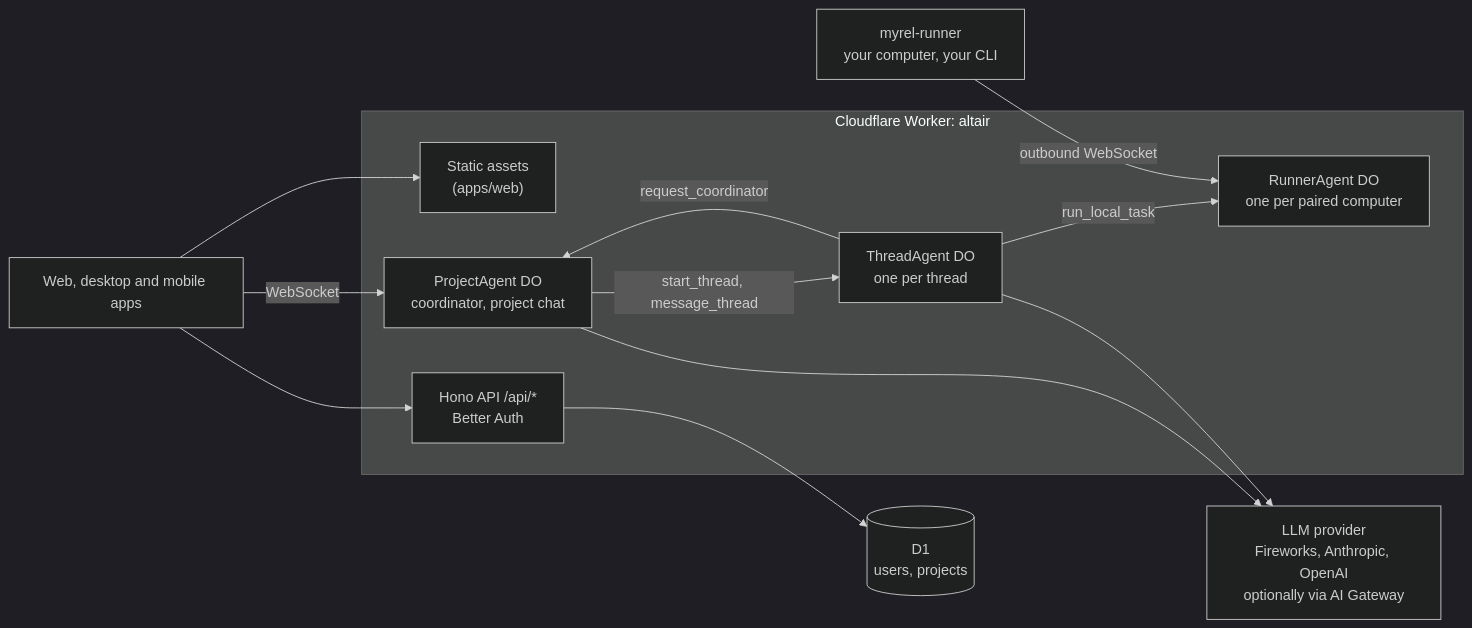
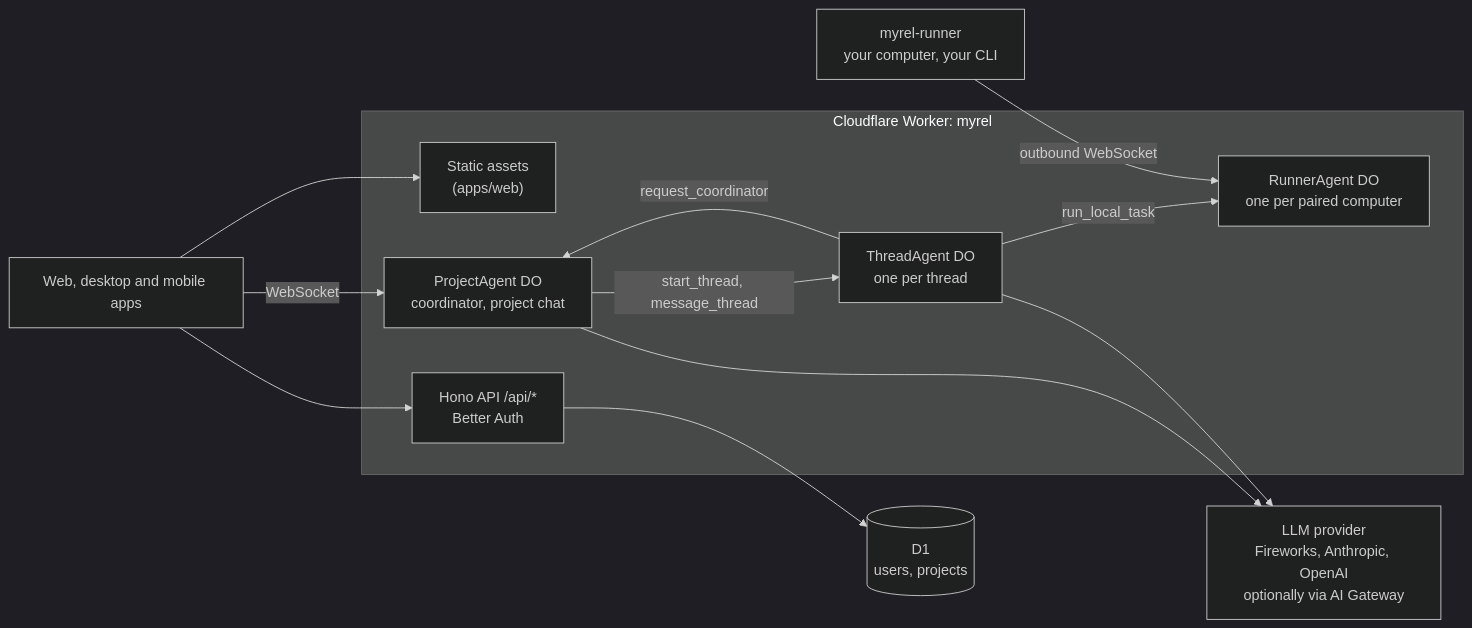
The diagram in README.md (Fibteq-Inc/Myrel), drawn with Mermaid (dark theme) before and after one commit. The commit also changed 205 other files, not shown here.

First line of the commit message:
Rename every remaining altair identifier to myrel

````diff
--- a/README.md
+++ b/README.md
@@ -31,24 +31,24 @@
 ```mermaid
 flowchart LR
   clients["Web, desktop and mobile apps"]
-  subgraph worker["Cloudflare Worker: altair"]
+  subgraph worker["Cloudflare Worker: myrel"]
     assets["Static assets<br/>(apps/web)"]
     api["Hono API /api/*<br/>Better Auth"]
     pa["ProjectAgent DO<br/>coordinator, project chat"]
     ta["ThreadAgent DO<br/>one per thread"]
     ra["RunnerAgent DO<br/>one per paired computer"]
   end
   runner["myrel-runner<br/>your computer, your CLI"]
   d1[("D1<br/>users, projects")]
   llm["LLM provider<br/>Fireworks, Anthropic, OpenAI<br/>optionally via AI Gateway"]
   clients --> assets
   clients --> api
   clients -- WebSocket --> pa
   api --> d1
   pa -- start_thread, message_thread --> ta
   ta -- request_coordinator --> pa
   ta -- run_local_task --> ra
   runner -- outbound WebSocket --> ra
   pa --> llm
   ta --> llm
 ```
````
